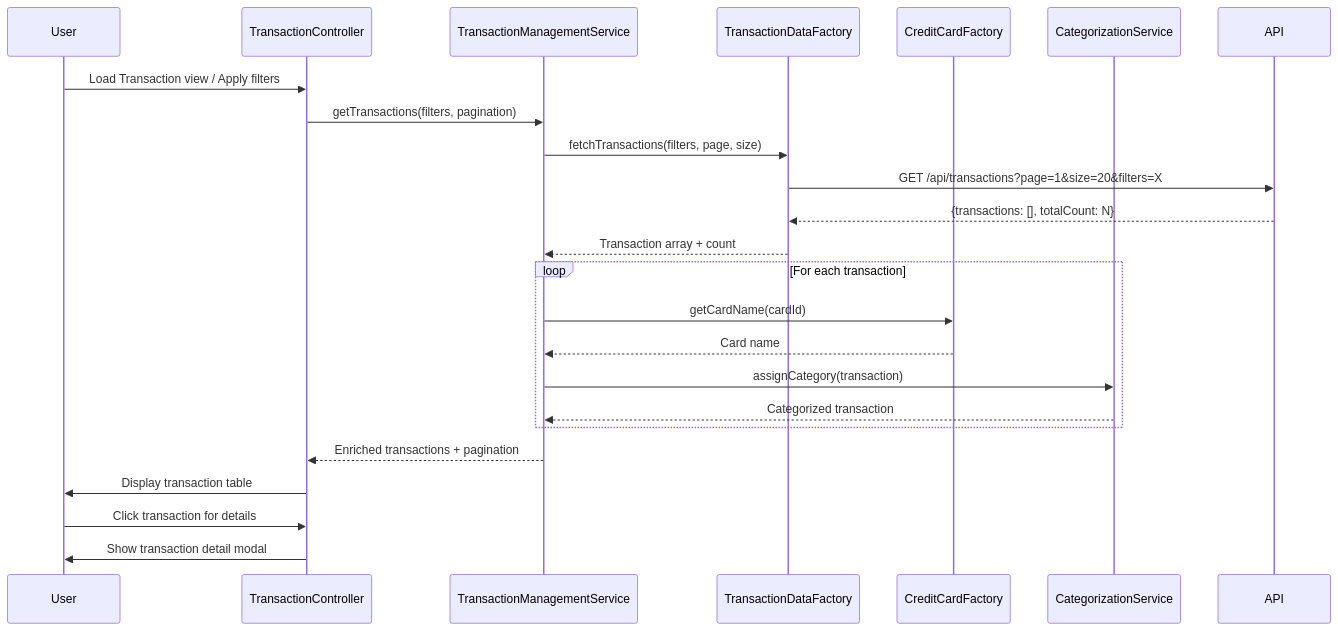
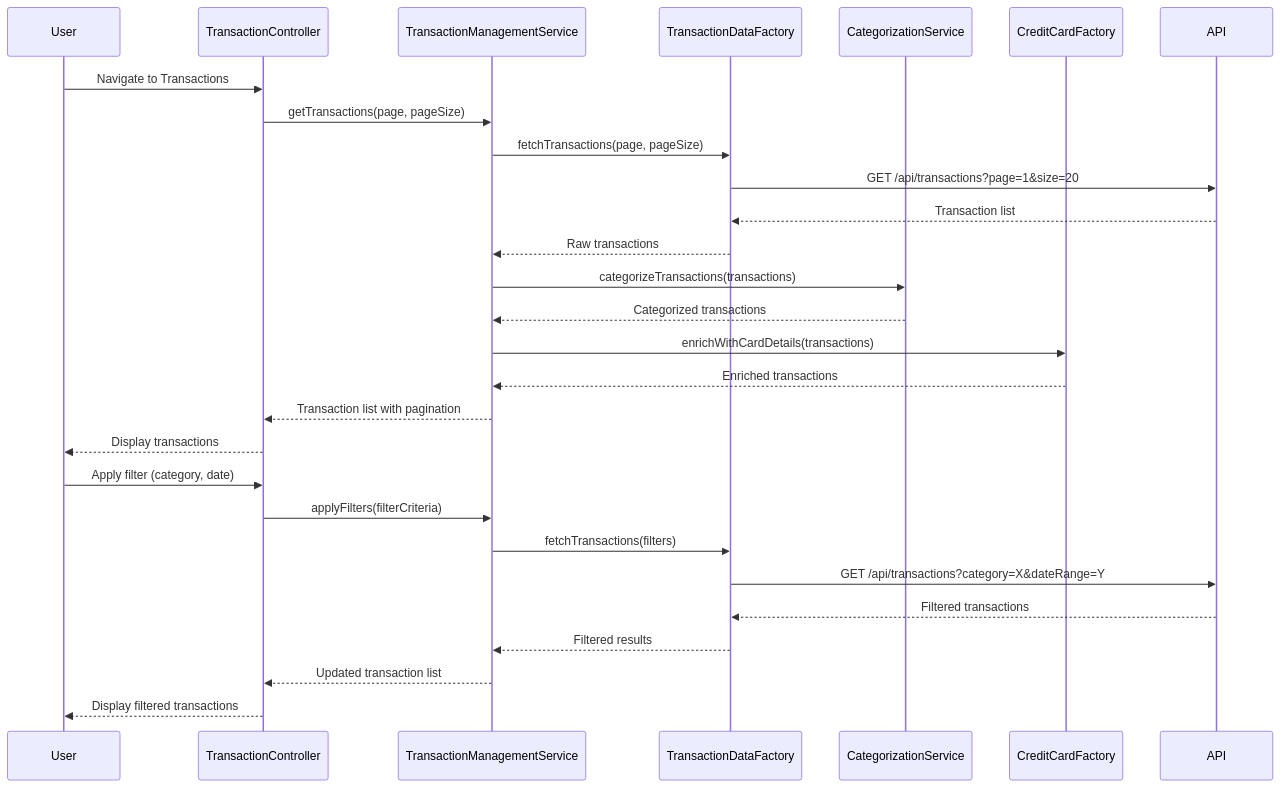
One commit to AAVA-Demo/APB_Demo changed the diagram in LLD/QE-8604_LLD.md. Above: the diagram before and after it, drawn with Mermaid. The commit also changed other lines of this file and 5 other files, not shown here.

````diff
--- a/LLD/QE-8604_LLD.md
+++ b/LLD/QE-8604_LLD.md
@@ -85,27 +88,31 @@
 ```mermaid
 sequenceDiagram
     participant User
     participant TransactionController
     participant TransactionManagementService
     participant TransactionDataFactory
+    participant CategorizationService
     participant CreditCardFactory
-    participant CategorizationService
     participant API
     
-    User->>TransactionController: Load Transaction view / Apply filters
-    TransactionController->>TransactionManagementService: getTransactions(filters, pagination)
-    TransactionManagementService->>TransactionDataFactory: fetchTransactions(filters, page, size)
-    TransactionDataFactory->>API: GET /api/transactions?page=1&size=20&filters=X
-    API-->>TransactionDataFactory: {transactions: [], totalCount: N}
-    TransactionDataFactory-->>TransactionManagementService: Transaction array + count
-    loop For each transaction
-        TransactionManagementService->>CreditCardFactory: getCardName(cardId)
-        CreditCardFactory-->>TransactionManagementService: Card name
-        TransactionManagementService->>CategorizationService: assignCategory(transaction)
-        CategorizationService-->>TransactionManagementService: Categorized transaction
-    end
-    TransactionManagementService-->>TransactionController: Enriched transactions + pagination
-    TransactionController->>User: Display transaction table
-    User->>TransactionController: Click transaction for details
-    TransactionController->>User: Show transaction detail modal
+    User->>TransactionController: Navigate to Transactions
+    TransactionController->>TransactionManagementService: getTransactions(page, pageSize)
+    TransactionManagementService->>TransactionDataFactory: fetchTransactions(page, pageSize)
+    TransactionDataFactory->>API: GET /api/transactions?page=1&size=20
+    API-->>TransactionDataFactory: Transaction list
+    TransactionDataFactory-->>TransactionManagementService: Raw transactions
+    TransactionManagementService->>CategorizationService: categorizeTransactions(transactions)
+    CategorizationService-->>TransactionManagementService: Categorized transactions
+    TransactionManagementService->>CreditCardFactory: enrichWithCardDetails(transactions)
+    CreditCardFactory-->>TransactionManagementService: Enriched transactions
+    TransactionManagementService-->>TransactionController: Transaction list with pagination
+    TransactionController-->>User: Display transactions
+    User->>TransactionController: Apply filter (category, date)
+    TransactionController->>TransactionManagementService: applyFilters(filterCriteria)
+    TransactionManagementService->>TransactionDataFactory: fetchTransactions(filters)
+    TransactionDataFactory->>API: GET /api/transactions?category=X&dateRange=Y
+    API-->>TransactionDataFactory: Filtered transactions
+    TransactionDataFactory-->>TransactionManagementService: Filtered results
+    TransactionManagementService-->>TransactionController: Updated transaction list
+    TransactionController-->>User: Display filtered transactions
 ```
````
